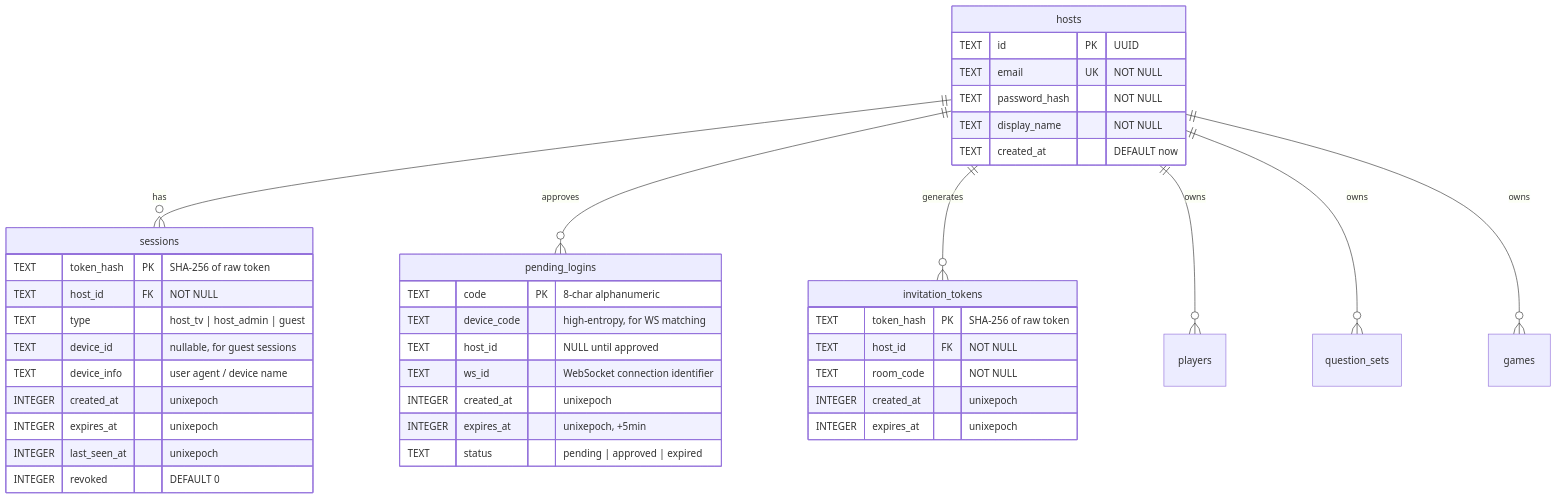
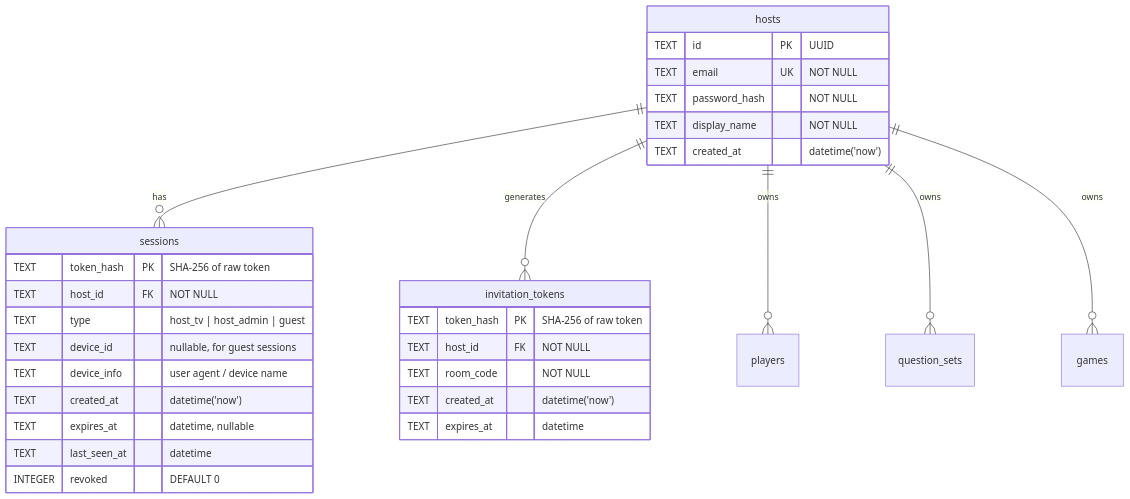
Before and after one commit to laguna-engineering/UnfairEnough: the diagram in docs/plans/2026-03-14-feat-account-system-multi-tenant-auth-plan.md, drawn with Mermaid. The commit also changed other lines of this file and 30 other files, not shown here.

````diff
--- a/docs/plans/2026-03-14-feat-account-system-multi-tenant-auth-plan.md
+++ b/docs/plans/2026-03-14-feat-account-system-multi-tenant-auth-plan.md
@@ -35,44 +35,34 @@
 ```mermaid
 erDiagram
     hosts {
         TEXT id PK "UUID"
         TEXT email UK "NOT NULL"
         TEXT password_hash "NOT NULL"
         TEXT display_name "NOT NULL"
-        TEXT created_at "DEFAULT now"
+        TEXT created_at "datetime('now')"
     }
     sessions {
         TEXT token_hash PK "SHA-256 of raw token"
         TEXT host_id FK "NOT NULL"
         TEXT type "host_tv | host_admin | guest"
         TEXT device_id "nullable, for guest sessions"
         TEXT device_info "user agent / device name"
-        INTEGER created_at "unixepoch"
-        INTEGER expires_at "unixepoch"
-        INTEGER last_seen_at "unixepoch"
+        TEXT created_at "datetime('now')"
+        TEXT expires_at "datetime, nullable"
+        TEXT last_seen_at "datetime"
         INTEGER revoked "DEFAULT 0"
-    }
-    pending_logins {
-        TEXT code PK "8-char alphanumeric"
-        TEXT device_code "high-entropy, for WS matching"
-        TEXT host_id "NULL until approved"
-        TEXT ws_id "WebSocket connection identifier"
-        INTEGER created_at "unixepoch"
-        INTEGER expires_at "unixepoch, +5min"
-        TEXT status "pending | approved | expired"
     }
     invitation_tokens {
         TEXT token_hash PK "SHA-256 of raw token"
         TEXT host_id FK "NOT NULL"
         TEXT room_code "NOT NULL"
-        INTEGER created_at "unixepoch"
-        INTEGER expires_at "unixepoch"
+        TEXT created_at "datetime('now')"
+        TEXT expires_at "datetime"
     }
 
     hosts ||--o{ sessions : "has"
-    hosts ||--o{ pending_logins : "approves"
     hosts ||--o{ invitation_tokens : "generates"
     hosts ||--o{ players : "owns"
     hosts ||--o{ question_sets : "owns"
     hosts ||--o{ games : "owns"
 ```
````
